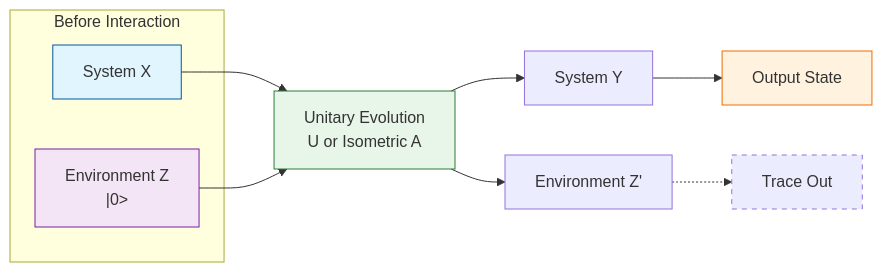
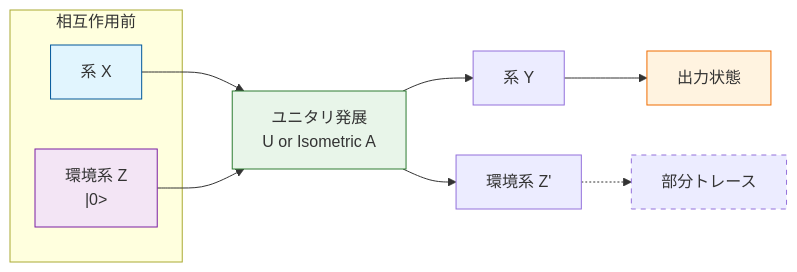
One commit to yama662607/Quantum-information changed the third of 3 diagrams in quarto/textbook/chapter2/_2.2-quantum-channels.qmd. Above: the diagram before and after it, drawn with Mermaid. The commit also changed other lines of this file, not shown here.

Commit message:
docs(2.2): ガイド位置移動、図日本語化、定義式ブロック化

````diff
--- a/quarto/textbook/chapter2/_2.2-quantum-channels.qmd
+++ b/quarto/textbook/chapter2/_2.2-quantum-channels.qmd
@@ -264,24 +266,24 @@
 ```{mermaid}
 %%| label: fig-stinespring
 %%| fig-cap: "Stinespring表現: 開いた系のダイナミクスは、「環境系 $Z$ との相互作用（ユニタリ発展）」と「環境系の破棄（部分トレース）」として理解できます。"
 graph LR
-    subgraph BeforeInteraction [Before Interaction]
-        X["System X"]
-        Z["Environment Z<br>|0>"]
+    subgraph BeforeInteraction [相互作用前]
+        X["系 X"]
+        Z["環境系 Z<br>|0>"]
     end
 
-    X --> U["Unitary Evolution<br>U or Isometric A"]
+    X --> U["ユニタリ発展<br>U or Isometric A"]
     Z --> U
 
-    U --> X_prime[System Y]
-    U --> Z_prime[Environment Z']
+    U --> X_prime[系 Y]
+    U --> Z_prime[環境系 Z']
 
-    Z_prime -.-> Trace[Trace Out]
-    X_prime --> Output[Output State]
+    Z_prime -.-> Trace[部分トレース]
+    X_prime --> Output[出力状態]
 
     style X fill:#e1f5fe,stroke:#01579b
     style Z fill:#f3e5f5,stroke:#7b1fa2
     style U fill:#e8f5e9,stroke:#2e7d32
     style Output fill:#fff3e0,stroke:#ef6c00
     style Trace stroke-dasharray: 5 5
 ```
````
